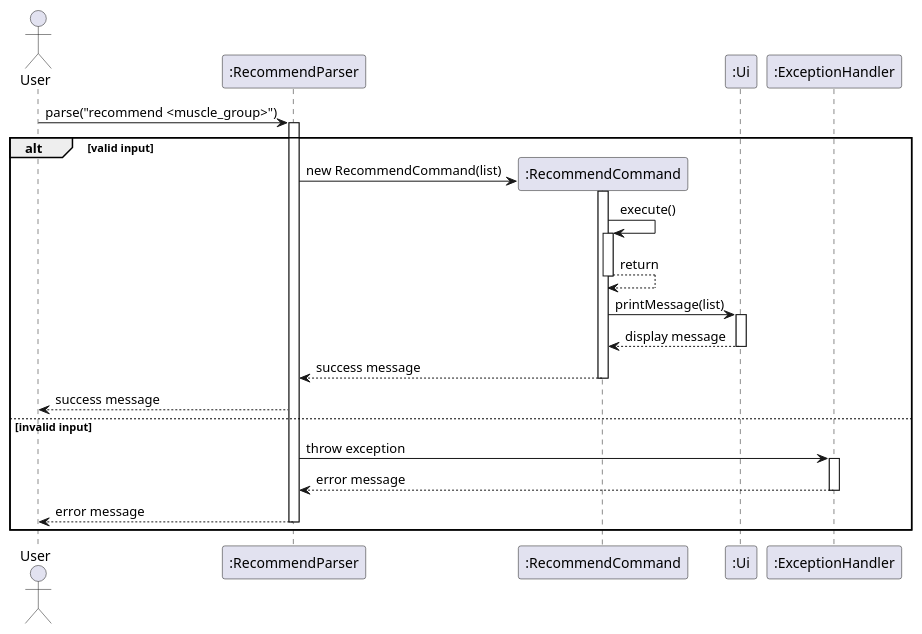
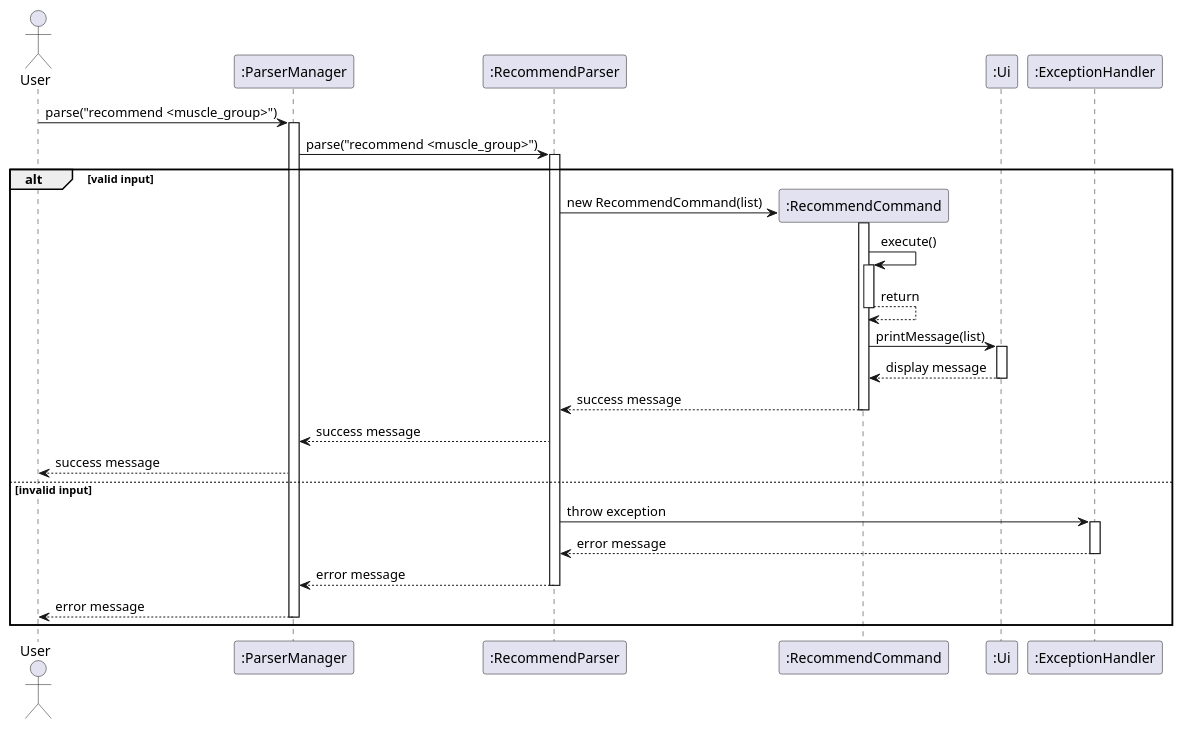
The diagram in docs/diagrams/RecommendSD.puml (Jasonlobo21/tp), drawn with PlantUML before and after one commit. The commit also changed 35 other files, not shown here.

```diff
--- a/docs/diagrams/RecommendSD.puml
+++ b/docs/diagrams/RecommendSD.puml
@@ -1,42 +1,53 @@
 @startuml
 
 actor User
+participant ":ParserManager"
 participant ":RecommendParser"
 participant ":RecommendCommand"
 participant ":Ui"
 participant ":ExceptionHandler"
 
-User -> ":RecommendParser": parse("recommend <muscle_group>")
+User -> ":ParserManager": parse("recommend <muscle_group>")
+activate ":ParserManager"
+
+":ParserManager" -> ":RecommendParser": parse("recommend <muscle_group>")
 activate ":RecommendParser"
 
 alt valid input
     create ":RecommendCommand"
     ":RecommendParser" -> ":RecommendCommand": new RecommendCommand(list)
     activate ":RecommendCommand"
 
     ":RecommendCommand" -> ":RecommendCommand": execute()
     activate ":RecommendCommand"
     ":RecommendCommand" --> ":RecommendCommand" : return
     deactivate ":RecommendCommand"
 
     ":RecommendCommand" -> ":Ui": printMessage(list)
     activate ":Ui"
     ":Ui" --> ":RecommendCommand": display message
     deactivate ":Ui"
 
     ":RecommendCommand" --> ":RecommendParser": success message
     deactivate ":RecommendCommand"
 
-    ":RecommendParser" --> User: success message
+    ":RecommendParser" --> ":ParserManager": success message
+    'deactivate ":RecommendParser"
+
+    ":ParserManager" --> User: success message
+    'deactivate ":ParserManager"
 
 else invalid input
     ":RecommendParser" -> ":ExceptionHandler": throw exception
     activate ":ExceptionHandler"
     ":ExceptionHandler" --> ":RecommendParser": error message
     deactivate ":ExceptionHandler"
 
-    ":RecommendParser" --> User: error message
+    ":RecommendParser" --> ":ParserManager": error message
     deactivate ":RecommendParser"
+
+    ":ParserManager" --> User: error message
+    deactivate ":ParserManager"
 end
 
 @enduml
```
